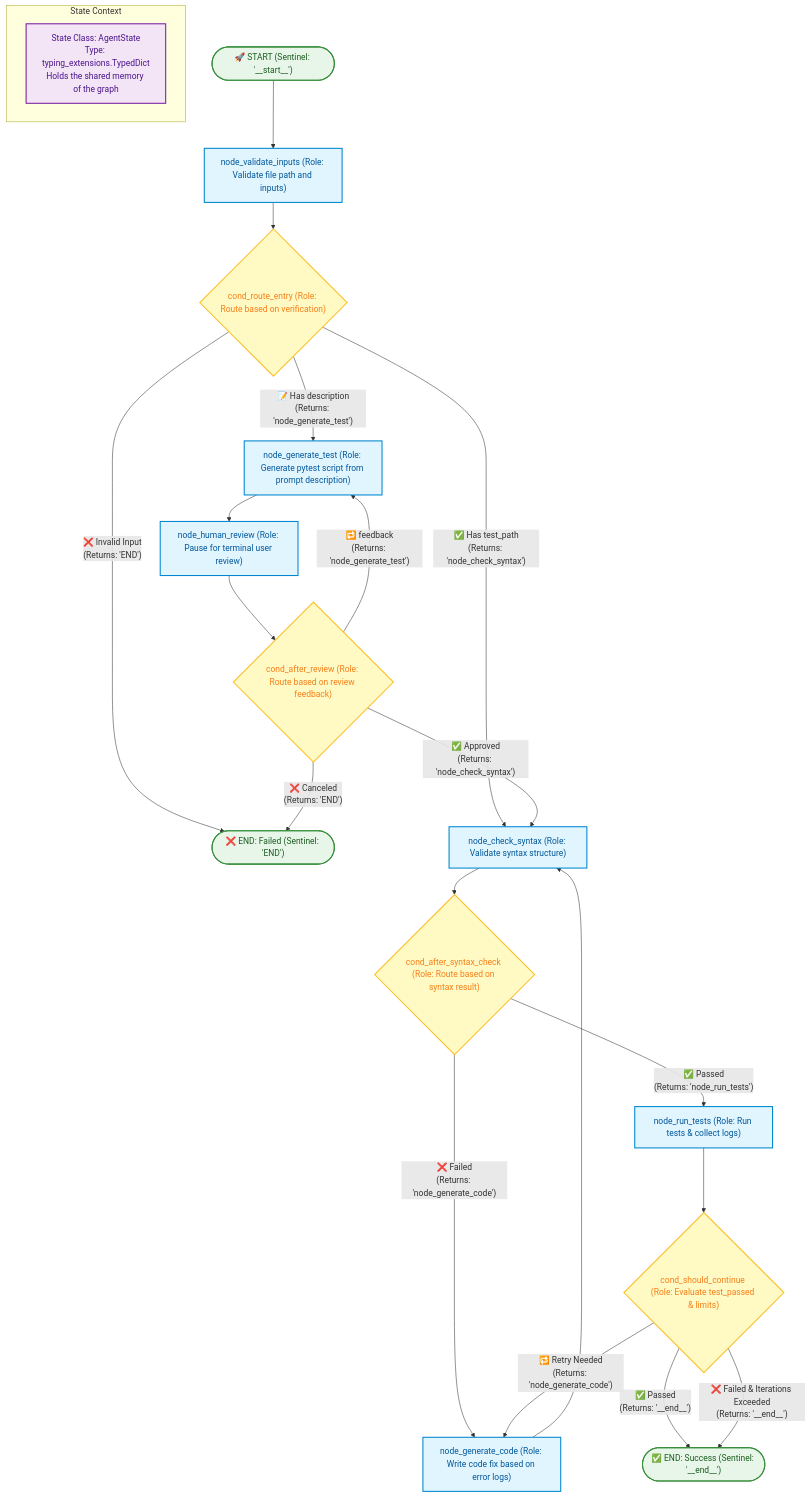
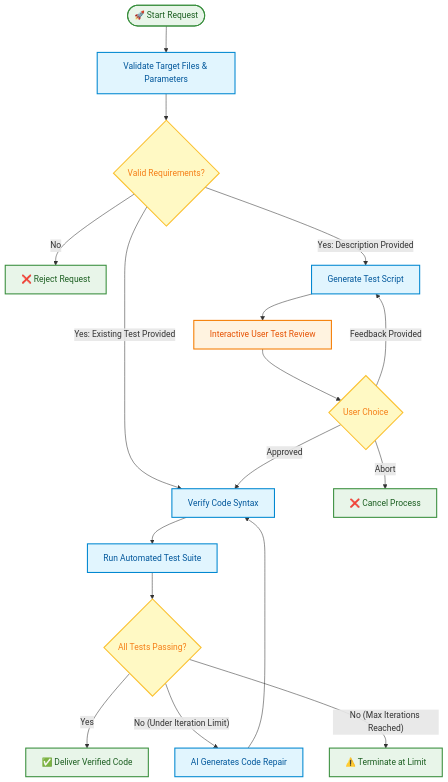
One commit to boycececil666gmailcom/test-led-python-coder-agent changed the first of 2 diagrams in README.md. Above: the diagram before and after it, drawn with Mermaid. The commit also changed other lines of this file, not shown here.

Commit message:
docs: overhaul README with updated project scope, business value, and architectural diagrams

````diff
--- a/README.md
+++ b/README.md
@@ -20,58 +25,31 @@
 ```mermaid
 flowchart TD
-    classDef graphNode fill:#e1f5fe,stroke:#0288d1,stroke-width:2px,color:#01579b;
-    classDef conditionalEdge fill:#fff9c4,stroke:#fbc02d,stroke-width:2px,color:#f57f17;
     classDef startEnd fill:#e8f5e9,stroke:#388e3c,stroke-width:2px,color:#1b5e20;
-    classDef stateBox fill:#f3e5f5,stroke:#7b1fa2,stroke-width:2px,color:#4a148c;
+    classDef process fill:#e1f5fe,stroke:#0288d1,stroke-width:2px,color:#01579b;
+    classDef review fill:#fff3e0,stroke:#f57c00,stroke-width:2px,color:#e65100;
+    classDef decision fill:#fff9c4,stroke:#fbc02d,stroke-width:2px,color:#f57f17;
 
-    subgraph State["State Context"]
-        state_schema["State Class: AgentState<br/>Type: typing_extensions.TypedDict<br/>Holds the shared memory of the graph"]:::stateBox
-    end
+    START(["🚀 Start Request"]):::startEnd --> ValidateInput["Validate Target Files & Parameters"]:::process
 
-    START(["🚀 START (Sentinel: '__start__')"]):::startEnd --> node_validate_inputs
+    ValidateInput --> CheckMode{"Valid Requirements?"}:::decision
+    CheckMode -- "No" --> Reject["❌ Reject Request"]:::startEnd
 
-    node_validate_inputs["node_validate_inputs (Role: Validate file path and inputs)"]:::graphNode
+    CheckMode -- "Yes: Existing Test Provided" --> SyntaxCheck["Verify Code Syntax"]:::process
+    CheckMode -- "Yes: Description Provided" --> GenTest["Generate Test Script"]:::process
 
-    node_validate_inputs --> cond_route_entry
+    GenTest --> HumanReview["Interactive User Test Review"]:::review
 
-    cond_route_entry{"cond_route_entry (Role: Route based on verification)"}:::conditionalEdge
+    HumanReview --> ReviewDecision{"User Choice"}:::decision
+    ReviewDecision -- "Abort" --> Cancel["❌ Cancel Process"]:::startEnd
+    ReviewDecision -- "Feedback Provided" --> GenTest
+    ReviewDecision -- "Approved" --> SyntaxCheck
 
-    cond_route_entry -- "❌ Invalid Input<br/>(Returns: 'END')" --> END_FAIL(["❌ END: Failed (Sentinel: 'END')"]):::startEnd
-    cond_route_entry -- "✅ Has test_path<br/>(Returns: 'node_check_syntax')" --> node_check_syntax
-    cond_route_entry -- "📝 Has description<br/>(Returns: 'node_generate_test')" --> node_generate_test
+    SyntaxCheck --> RunTest["Run Automated Test Suite"]:::process
 
-    node_generate_test["node_generate_test (Role: Generate pytest script from prompt description)"]:::graphNode
-    
-    node_generate_test --> node_human_review
+    RunTest --> TestOutcome{"All Tests Passing?"}:::decision
+    TestOutcome -- "Yes" --> Success["✅ Deliver Verified Code"]:::startEnd
+    TestOutcome -- "No (Under Iteration Limit)" --> FixCode["AI Generates Code Repair"]:::process
+    TestOutcome -- "No (Max Iterations Reached)" --> StopLimit["⚠️ Terminate at Limit"]:::startEnd
 
-    node_human_review["node_human_review (Role: Pause for terminal user review)"]:::graphNode
-
-    node_human_review --> cond_after_review
-
-    cond_after_review{"cond_after_review (Role: Route based on review feedback)"}:::conditionalEdge
-
-    cond_after_review -- "✅ Approved<br/>(Returns: 'node_check_syntax')" --> node_check_syntax
-    cond_after_review -- "❌ Canceled<br/>(Returns: 'END')" --> END_FAIL
-    cond_after_review -- "🔁 feedback<br/>(Returns: 'node_generate_test')" --> node_generate_test
-
-    node_check_syntax["node_check_syntax (Role: Validate syntax structure)"]:::graphNode
-
-    node_check_syntax --> cond_after_syntax_check{"cond_after_syntax_check (Role: Route based on syntax result)"}:::conditionalEdge
-
-    cond_after_syntax_check -- "❌ Failed<br/>(Returns: 'node_generate_code')" --> node_generate_code
-    cond_after_syntax_check -- "✅ Passed<br/>(Returns: 'node_run_tests')" --> node_run_tests
-
-    node_run_tests["node_run_tests (Role: Run tests & collect logs)"]:::graphNode
-    
-    node_run_tests --> cond_should_continue
-
-    cond_should_continue{"cond_should_continue (Role: Evaluate test_passed & limits)"}:::conditionalEdge
-
-    cond_should_continue -- "✅ Passed<br/>(Returns: '__end__')" --> END_SUCCESS(["✅ END: Success (Sentinel: '__end__')"]):::startEnd
-    cond_should_continue -- "❌ Failed & Iterations Exceeded<br/>(Returns: '__end__')" --> END_SUCCESS
-    cond_should_continue -- "🔁 Retry Needed<br/>(Returns: 'node_generate_code')" --> node_generate_code
-
-    node_generate_code["node_generate_code (Role: Write code fix based on error logs)"]:::graphNode
-    
-    node_generate_code --> node_check_syntax
+    FixCode --> SyntaxCheck
 ```
````
